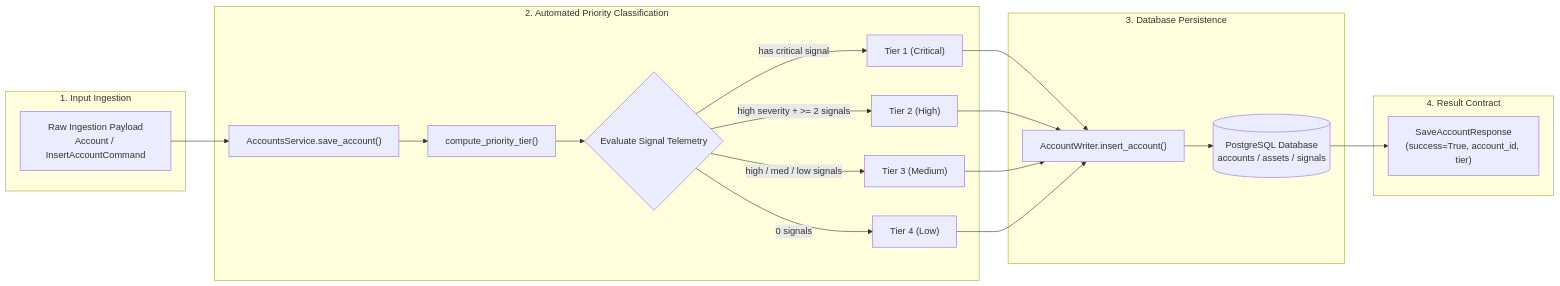
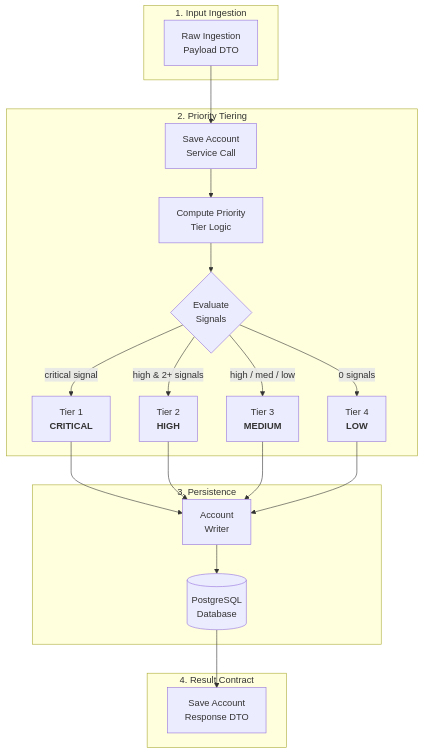
Before and after one commit to dev-anuj007/cyber_intel: the second of 4 diagrams in backend/src/services/accounts/README.md, drawn with Mermaid. The commit also changed other lines of this file, not shown here.

Commit message:
chore: clean up for aggregator service

````diff
--- a/backend/src/services/accounts/README.md
+++ b/backend/src/services/accounts/README.md
@@ -111,36 +115,36 @@
 ```mermaid
-flowchart LR
+flowchart TD
     subgraph Input["1. Input Ingestion"]
-        InPayload["Raw Ingestion Payload<br/>Account / InsertAccountCommand"]
+        InPayload["Raw Ingestion<br/>Payload DTO"]
     end
 
-    subgraph Tiering["2. Automated Priority Classification"]
-        SaveSvc["AccountsService.save_account()"]
-        ComputeTier["compute_priority_tier()"]
-        Eval{"Evaluate Signal Telemetry"}
-        T1["Tier 1 (Critical)"]
-        T2["Tier 2 (High)"]
-        T3["Tier 3 (Medium)"]
-        T4["Tier 4 (Low)"]
+    subgraph Tiering["2. Priority Tiering"]
+        SaveSvc["Save Account<br/>Service Call"]
+        ComputeTier["Compute Priority<br/>Tier Logic"]
+        Eval{"Evaluate<br/>Signals"}
+        T1["Tier 1<br/><b>CRITICAL</b>"]
+        T2["Tier 2<br/><b>HIGH</b>"]
+        T3["Tier 3<br/><b>MEDIUM</b>"]
+        T4["Tier 4<br/><b>LOW</b>"]
     end
 
-    subgraph Persistence["3. Database Persistence"]
-        Writer["AccountWriter.insert_account()"]
-        DB[("PostgreSQL Database<br/>accounts / assets / signals")]
+    subgraph Persistence["3. Persistence"]
+        Writer["Account<br/>Writer"]
+        DB[("PostgreSQL<br/>Database")]
     end
 
     subgraph Output["4. Result Contract"]
-        Resp["SaveAccountResponse<br/>(success=True, account_id, tier)"]
+        Resp["Save Account<br/>Response DTO"]
     end
 
     InPayload --> SaveSvc
     SaveSvc --> ComputeTier
     ComputeTier --> Eval
-    Eval -->|"has critical signal"| T1
-    Eval -->|"high severity + >= 2 signals"| T2
-    Eval -->|"high / med / low signals"| T3
+    Eval -->|"critical signal"| T1
+    Eval -->|"high & 2+ signals"| T2
+    Eval -->|"high / med / low"| T3
     Eval -->|"0 signals"| T4
     T1 & T2 & T3 & T4 --> Writer
     Writer --> DB
     DB --> Resp
 ```
````
